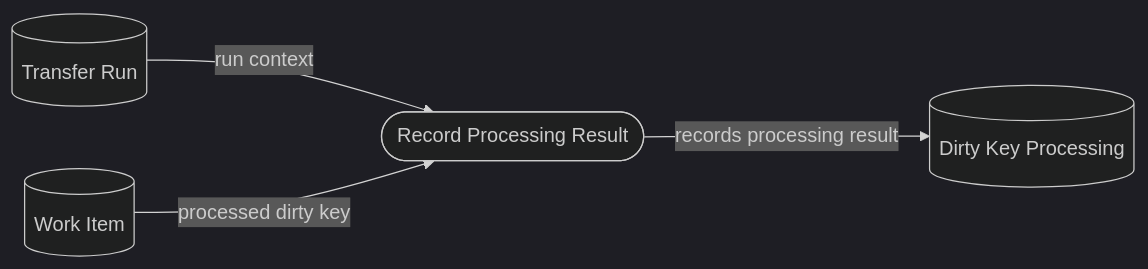
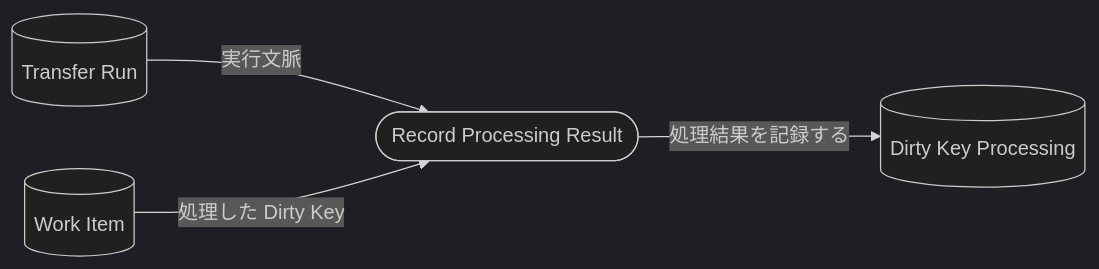
The ninth of 9 diagrams in packages/transfer/docs/processes/transfer-execution-process.md (mk3008/rawsql-ts), drawn with Mermaid (dark theme) before and after one commit. The commit also changed other lines of this file and 70 other files, not shown here.

````diff
--- a/packages/transfer/docs/processes/transfer-execution-process.md
+++ b/packages/transfer/docs/processes/transfer-execution-process.md
@@ -164,11 +146,11 @@
 ```mermaid
 flowchart LR
   TransferRun[("Transfer Run")]
   WorkItem[("Work Item")]
   RecordProcessingResult(["Record Processing Result"])
   DirtyKeyProcessing[("Dirty Key Processing")]
 
-  TransferRun -->|"run context"| RecordProcessingResult
-  WorkItem -->|"processed dirty key"| RecordProcessingResult
-  RecordProcessingResult -->|"records processing result"| DirtyKeyProcessing
+  TransferRun -->|"実行文脈"| RecordProcessingResult
+  WorkItem -->|"処理した Dirty Key"| RecordProcessingResult
+  RecordProcessingResult -->|"処理結果を記録する"| DirtyKeyProcessing
 ```
````
